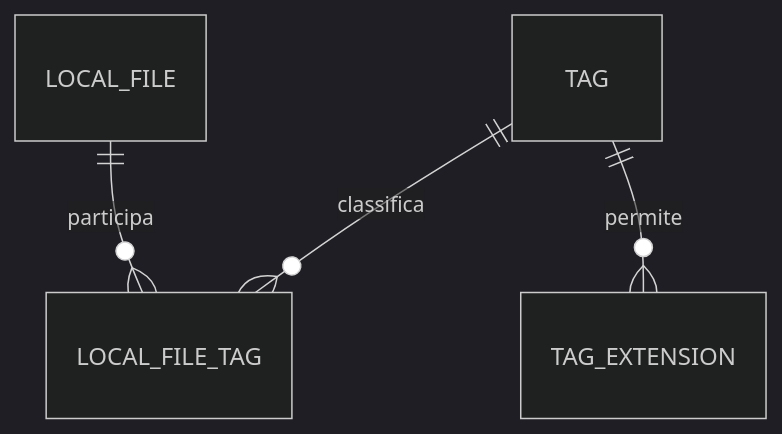
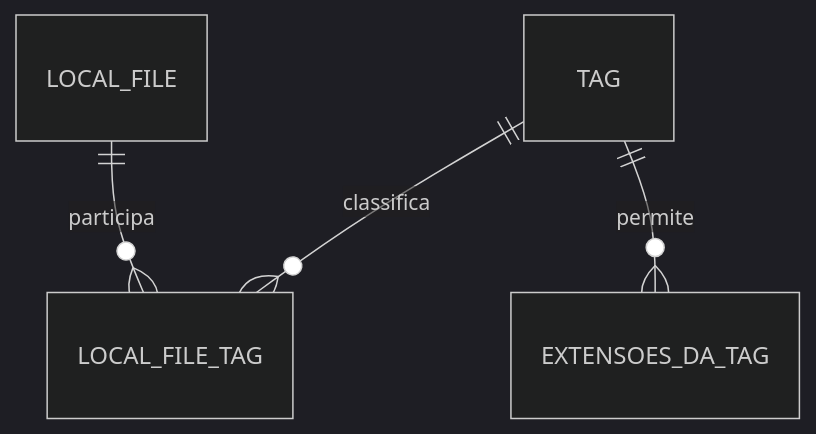
The diagram in doc/banco-de-dados.md (ARS1802/tag-file), drawn with Mermaid (dark theme) before and after one commit. The commit also changed other lines of this file and 13 other files, not shown here.

````diff
--- a/doc/banco-de-dados.md
+++ b/doc/banco-de-dados.md
@@ -34,6 +105,6 @@
 ```mermaid
 erDiagram
     LOCAL_FILE ||--o{ LOCAL_FILE_TAG : participa
     TAG ||--o{ LOCAL_FILE_TAG : classifica
-    TAG ||--o{ TAG_EXTENSION : permite
+    TAG ||--o{ EXTENSOES_DA_TAG : permite
 ```
````
